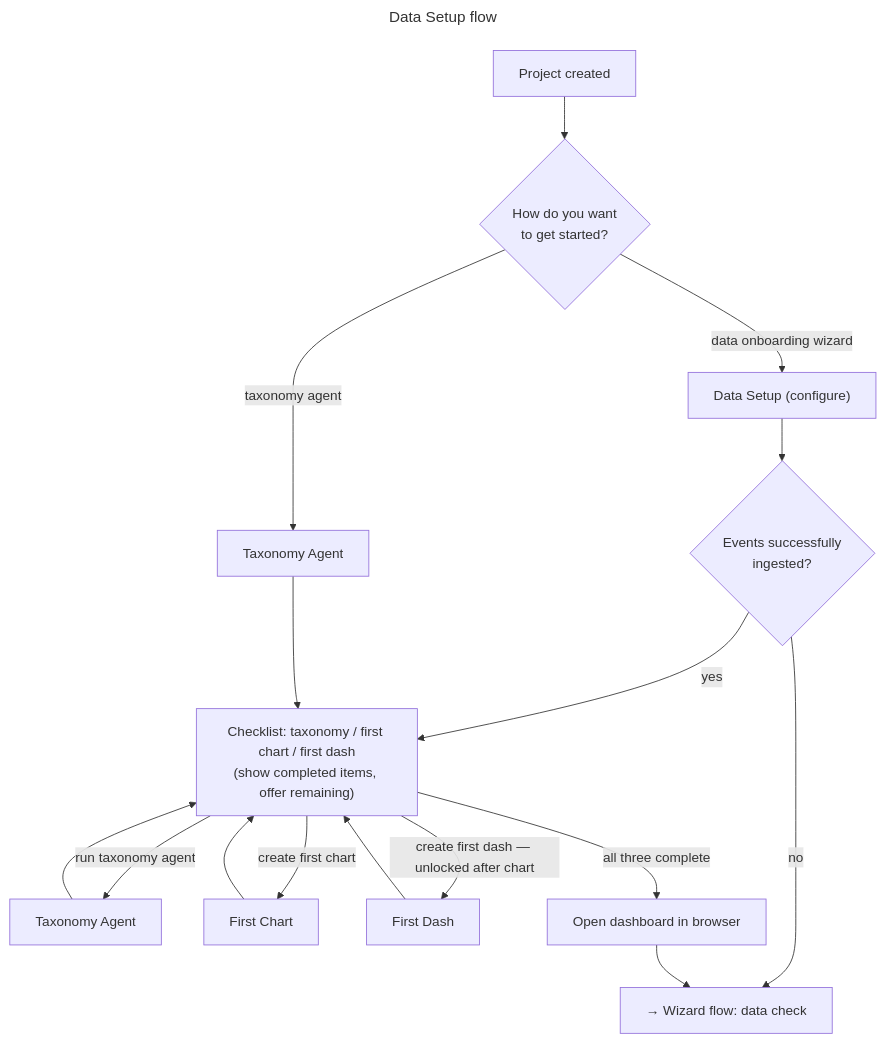
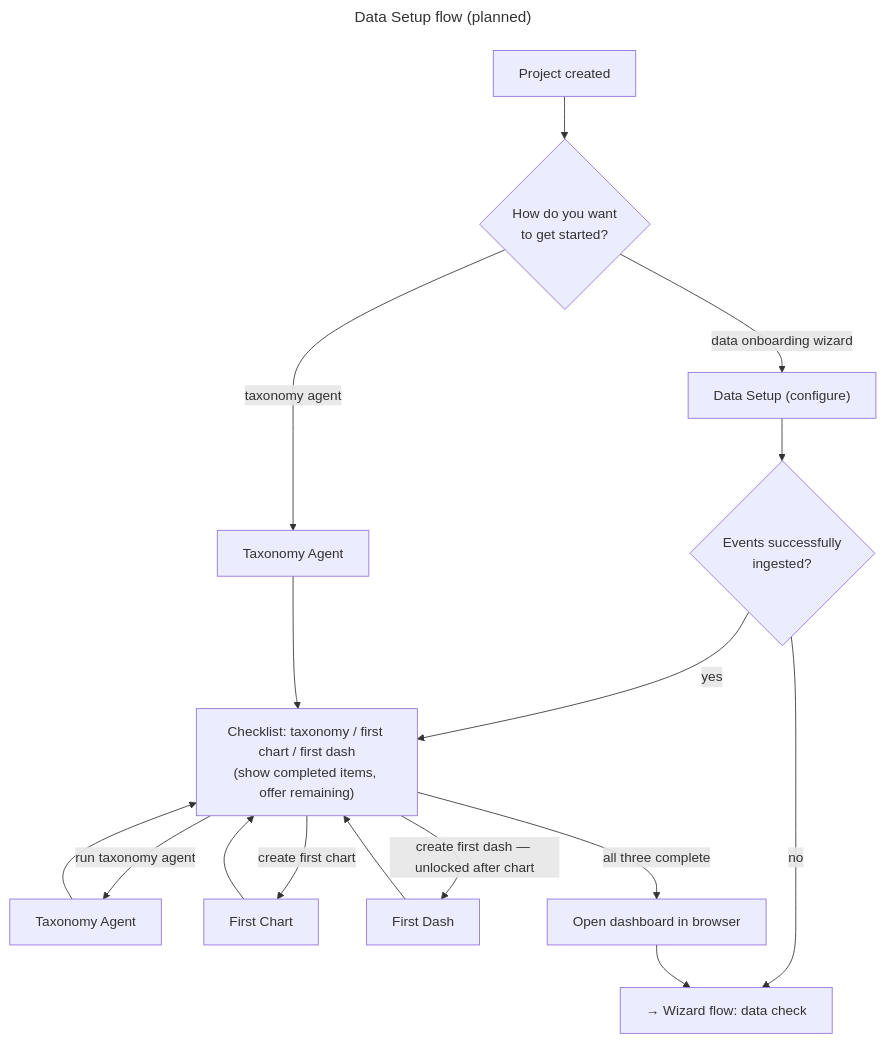
One commit to amplitude/wizard changed the fifth of 7 diagrams in docs/flows.md. Above: the diagram before and after it, drawn with Mermaid. The commit also changed other lines of this file and 4 other files, not shown here.

First line of the commit message:
add Plan screen to wizard flow, stall retry to agent, and expand unit test coverage

````diff
--- a/docs/flows.md
+++ b/docs/flows.md
@@ -171,22 +183,22 @@
 ```mermaid
 ---
-title: Data Setup flow
+title: Data Setup flow (planned)
 ---
 flowchart TD
     START["Project created"] --> CHOICE{How do you want<br/>to get started?}
     CHOICE -->|data onboarding wizard| CONFIGURE["Data Setup (configure)"]
     CHOICE -->|taxonomy agent| TAXONOMY["Taxonomy Agent"]
 
     CONFIGURE --> INGESTED{Events successfully<br/>ingested?}
     INGESTED -->|no| DONE["→ Wizard flow: data check"]
     INGESTED -->|yes| CHECKLIST
 
     TAXONOMY --> CHECKLIST
 
     CHECKLIST["Checklist: taxonomy / first chart / first dash<br/>(show completed items, offer remaining)"]
     CHECKLIST -->|run taxonomy agent| TAXONOMY_RUN["Taxonomy Agent"] --> CHECKLIST
     CHECKLIST -->|create first chart| CHART_RUN["First Chart"] --> CHECKLIST
     CHECKLIST -->|create first dash — unlocked after chart| DASH_RUN["First Dash"] --> CHECKLIST
     CHECKLIST -->|all three complete| OPEN_SITE["Open dashboard in browser"]
     OPEN_SITE --> DONE
 ```
````
